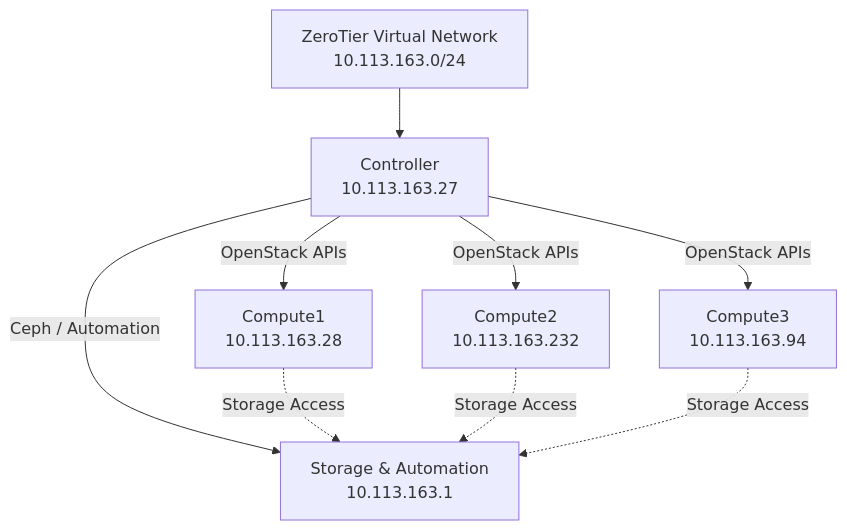
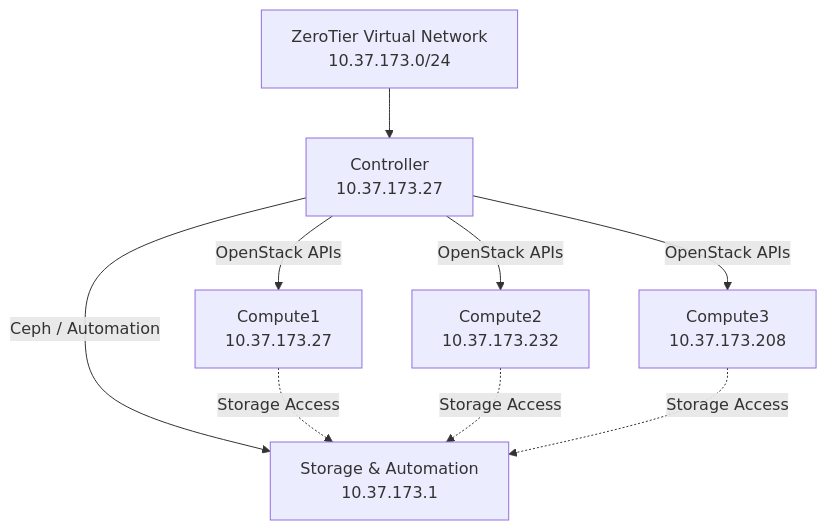
Before and after one commit to meryaaam/pi-doc: the first of 2 diagrams in docs/03-network/zerotier-network.md, drawn with Mermaid. The commit also changed other lines of this file, not shown here.

Commit message:
Update ZeroTier network details and IP addresses

````diff
--- a/docs/03-network/zerotier-network.md
+++ b/docs/03-network/zerotier-network.md
@@ -19,25 +19,25 @@
 ```mermaid
 graph TD
 
-    ZT[ZeroTier Virtual Network<br/>10.113.163.0/24]
+    ZT[ZeroTier Virtual Network<br/>10.37.173.0/24]
 
-    CTRL[Controller<br/>10.113.163.27]
+    CTRL[Controller<br/>10.37.173.27]
 
-    C1[Compute1<br/>10.113.163.28]
-    C2[Compute2<br/>10.113.163.232]
-    C3[Compute3<br/>10.113.163.94]
+    C1[Compute1<br/>10.37.173.27]
+    C2[Compute2<br/>10.37.173.232]
+    C3[Compute3<br/>10.37.173.208]
 
-    ST[Storage & Automation<br/>10.113.163.1]
+    ST[Storage & Automation<br/>10.37.173.1]
 
     ZT --> CTRL
 
     CTRL -->|OpenStack APIs| C1
     CTRL -->|OpenStack APIs| C2
     CTRL -->|OpenStack APIs| C3
 
     CTRL -->|Ceph / Automation| ST
 
     C1 -. Storage Access .-> ST
     C2 -. Storage Access .-> ST
     C3 -. Storage Access .-> ST
 ```
````
